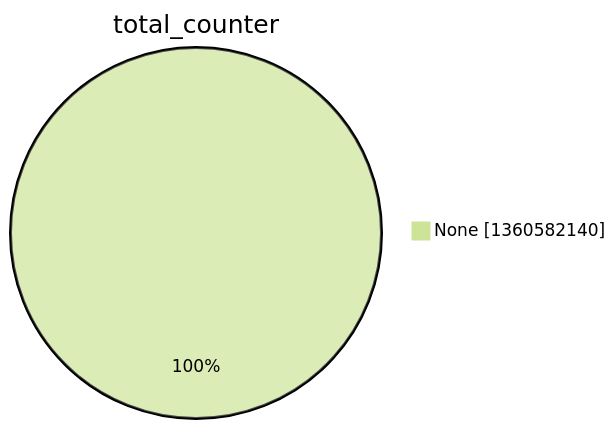
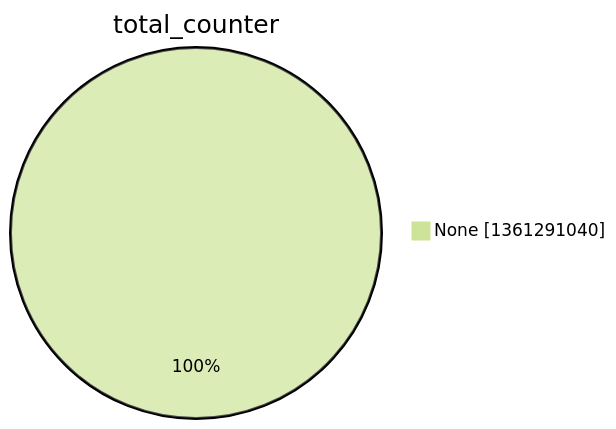
The second of 15 diagrams in argon2022/README.md (christiankrug/ctmonitor_visualization), drawn with Mermaid (forest theme) before and after one commit. The commit also changed other lines of this file, not shown here.

````diff
--- a/argon2022/README.md
+++ b/argon2022/README.md
@@ -9,5 +9,5 @@
 ```mermaid
 pie showData
 title total_counter
-"None" :1360582140
+"None" :1361291040
 ```
````
